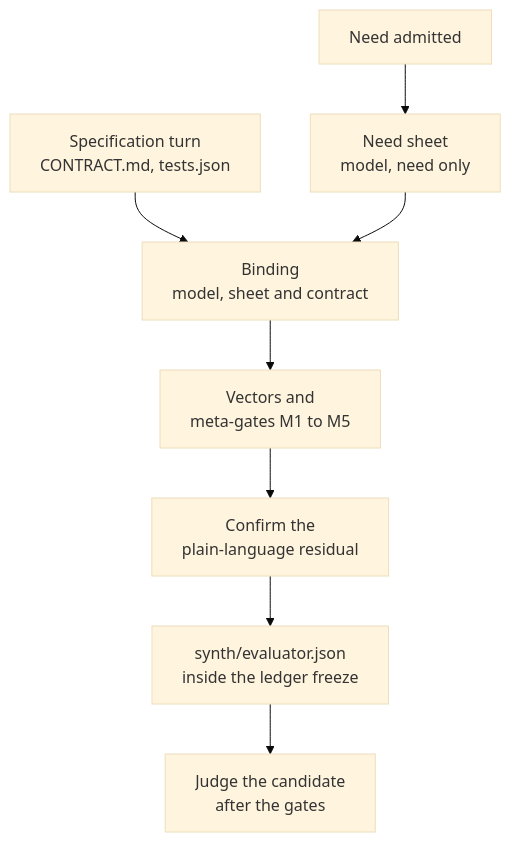
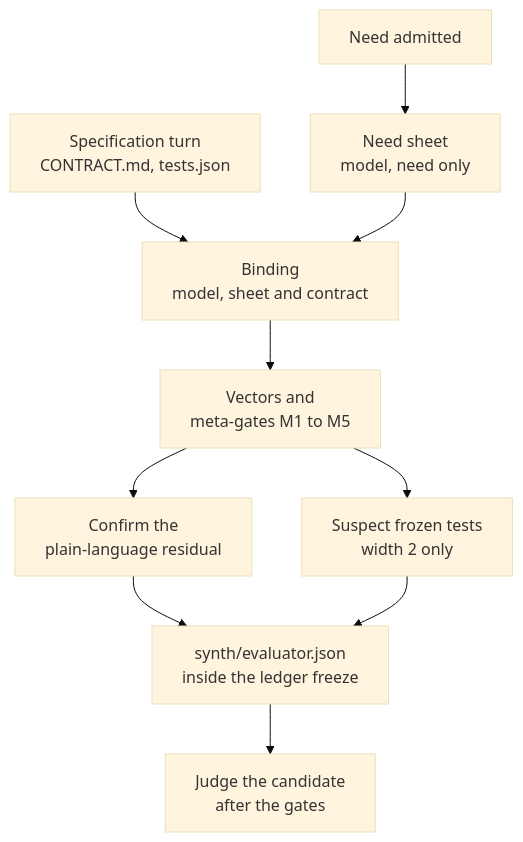
Before and after one commit to Akilleez-QA/endoforge: the diagram in docs/architecture/evaluator-synthesis.md, drawn with Mermaid (base theme). The commit also changed other lines of this file and 25 other files, not shown here.

````diff
--- a/docs/architecture/evaluator-synthesis.md
+++ b/docs/architecture/evaluator-synthesis.md
@@ -32,10 +32,12 @@
 ```mermaid
 flowchart TD
   need["Need admitted"] --> sheet["Need sheet<br/>model, need only"]
   spec["Specification turn<br/>CONTRACT.md, tests.json"] --> bind["Binding<br/>model, sheet and contract"]
   sheet --> bind
   bind --> compile["Vectors and<br/>meta-gates M1 to M5"]
   compile --> confirm["Confirm the<br/>plain-language residual"]
+  compile --> suspect["Suspect frozen tests<br/>width 2 only"]
   confirm --> freeze["synth/evaluator.json<br/>inside the ledger freeze"]
+  suspect --> freeze
   freeze --> judge["Judge the candidate<br/>after the gates"]
 ```
````
